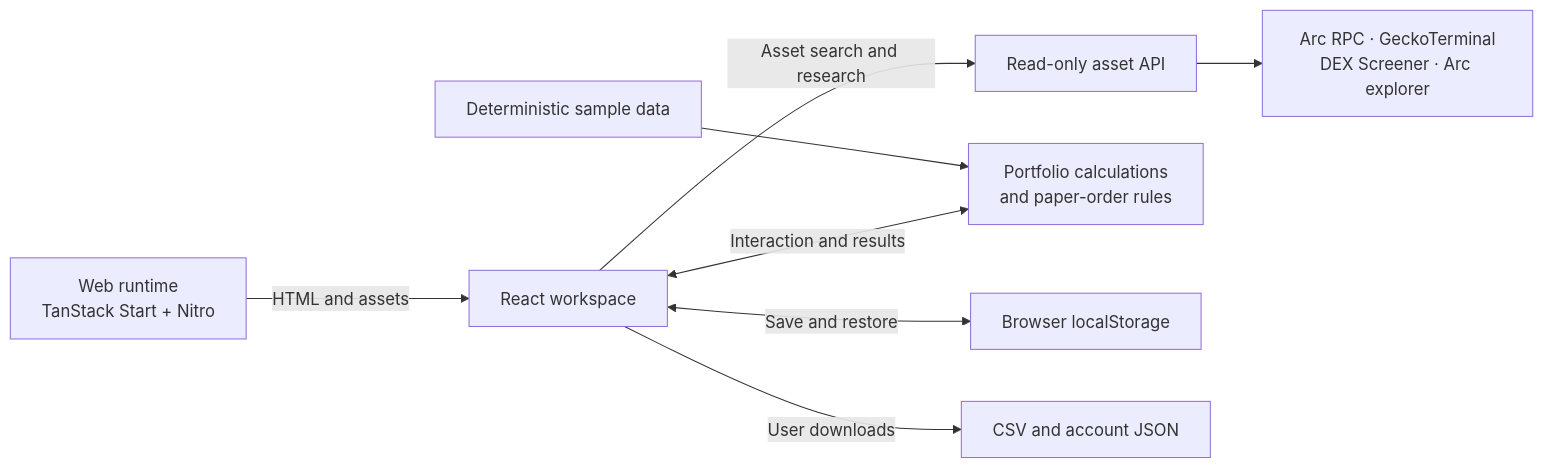
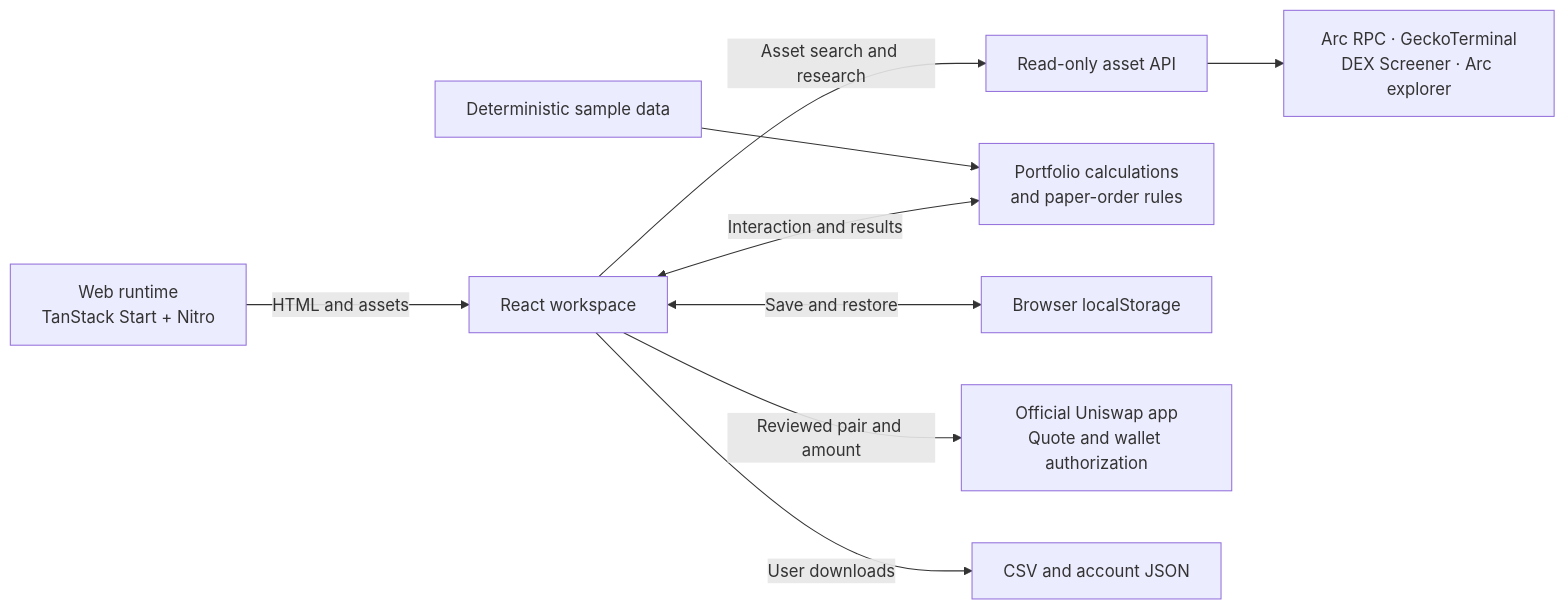
The diagram in README.md (ArcwellLabs/arcwell-public), drawn with Mermaid before and after one commit. The commit also changed other lines of this file and 1 other file, not shown here.

````diff
--- a/README.md
+++ b/README.md
@@ -131,10 +143,11 @@
 ```mermaid
 flowchart LR
     Runtime["Web runtime<br/>TanStack Start + Nitro"] -->|"HTML and assets"| UI["React workspace"]
     UI -->|"Asset search and research"| API["Read-only asset API"]
     API --> Sources["Arc RPC · GeckoTerminal<br/>DEX Screener · Arc explorer"]
     Fixtures["Deterministic sample data"] --> Logic["Portfolio calculations<br/>and paper-order rules"]
     UI <-->|"Interaction and results"| Logic
     UI <-->|"Save and restore"| Store["Browser localStorage"]
+    UI -->|"Reviewed pair and amount"| Uniswap["Official Uniswap app<br/>Quote and wallet authorization"]
     UI -->|"User downloads"| Export["CSV and account JSON"]
 ```
````
